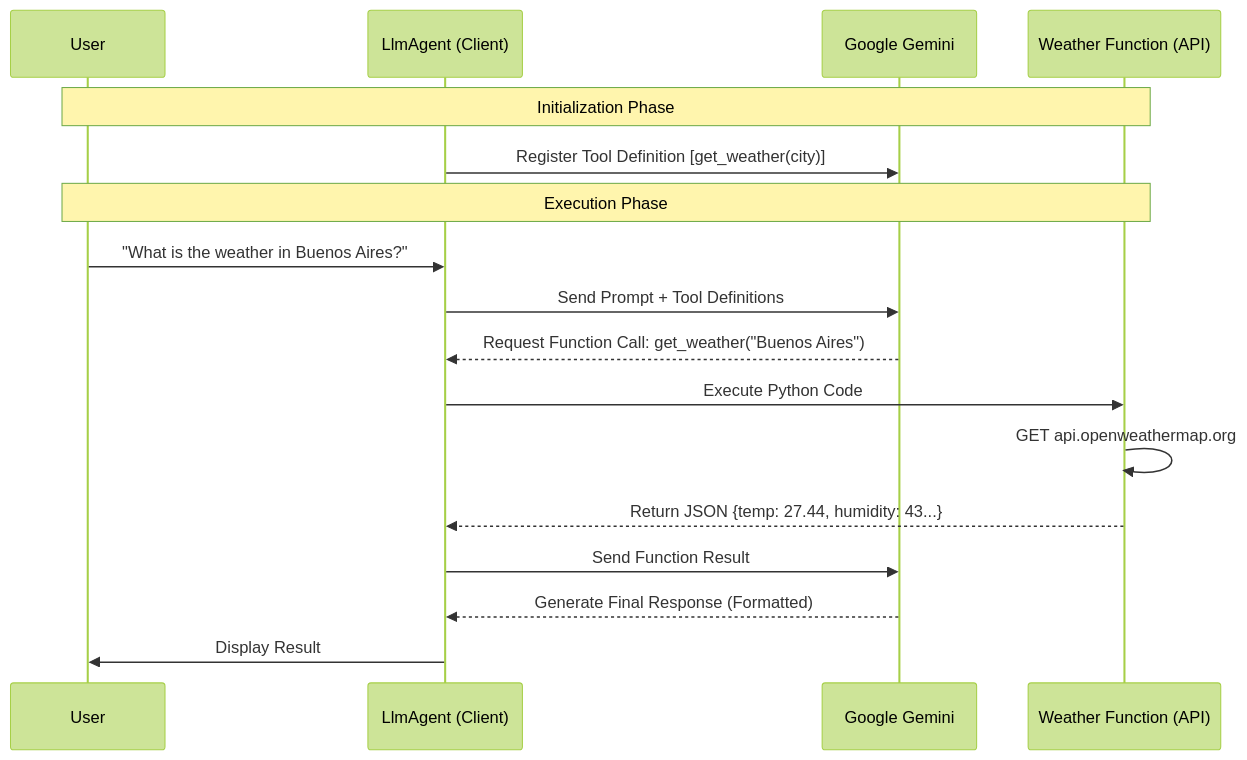
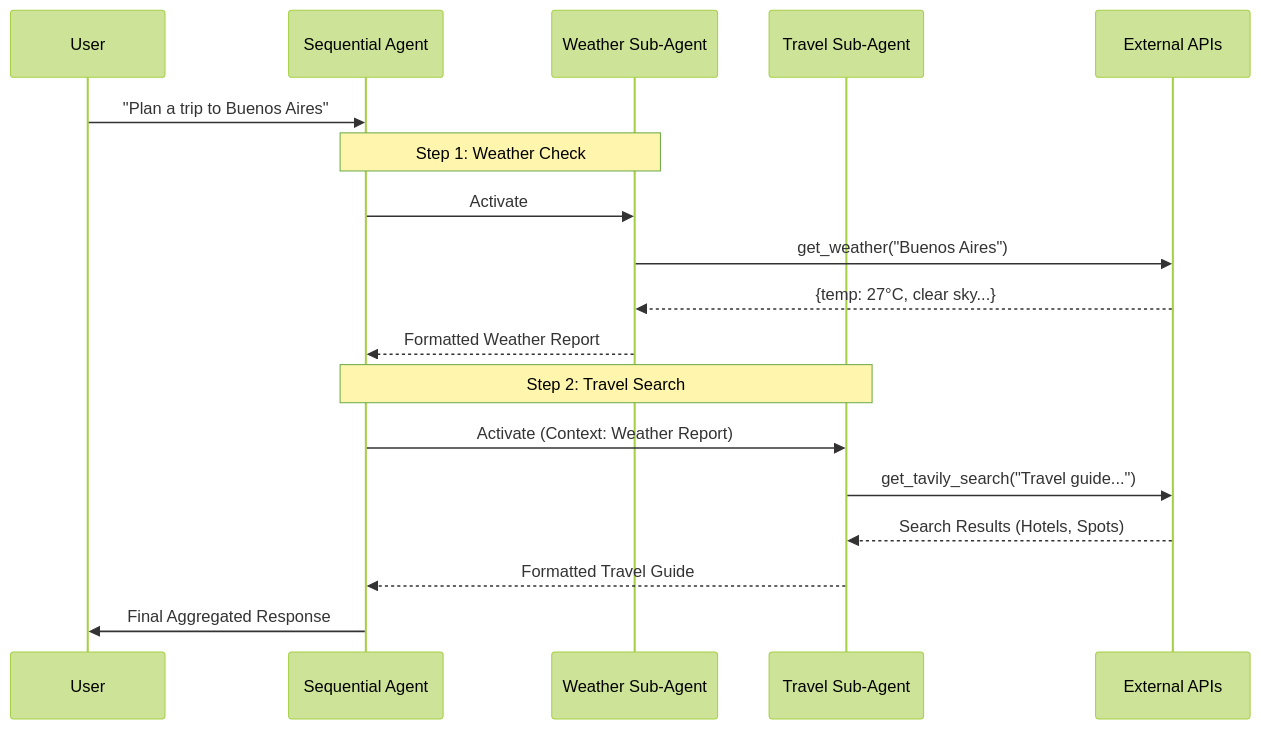
The diagram in README.md (Rex6961/Adk-sequential-agents), drawn with Mermaid (forest theme) before and after one commit. The commit also changed other lines of this file and 1 other file, not shown here.

Commit message:
docs: Update README with Sequential Agent architecture and diagrams

````diff
--- a/README.md
+++ b/README.md
@@ -20,24 +21,25 @@
 ```mermaid
 sequenceDiagram
     participant User
-    participant Agent as LlmAgent (Client)
-    participant LLM as Google Gemini
-    participant Tool as Weather Function (API)
+    participant Root as Sequential Agent
+    participant WeatherBot as Weather Sub-Agent
+    participant TravelBot as Travel Sub-Agent
+    participant APIs as External APIs
 
-    Note over User, Tool: Initialization Phase
-    Agent->>LLM: Register Tool Definition [get_weather(city)]
+    User->>Root: "Plan a trip to Buenos Aires"
 
-    Note over User, Tool: Execution Phase
-    User->>Agent: "What is the weather in Buenos Aires?"
-    Agent->>LLM: Send Prompt + Tool Definitions
-    LLM-->>Agent: Request Function Call: get_weather("Buenos Aires")
+    Note over Root, WeatherBot: Step 1: Weather Check
+    Root->>WeatherBot: Activate
+    WeatherBot->>APIs: get_weather("Buenos Aires")
+    APIs-->>WeatherBot: {temp: 27°C, clear sky...}
+    WeatherBot-->>Root: Formatted Weather Report
 
-    Agent->>Tool: Execute Python Code
-    Tool->>Tool: GET api.openweathermap.org
-    Tool-->>Agent: Return JSON {temp: 27.44, humidity: 43...}
+    Note over Root, TravelBot: Step 2: Travel Search
+    Root->>TravelBot: Activate (Context: Weather Report)
+    TravelBot->>APIs: get_tavily_search("Travel guide...")
+    APIs-->>TravelBot: Search Results (Hotels, Spots)
+    TravelBot-->>Root: Formatted Travel Guide
 
-    Agent->>LLM: Send Function Result
-    LLM-->>Agent: Generate Final Response (Formatted)
-    Agent->>User: Display Result
+    Root->>User: Final Aggregated Response
 
 ```
````
